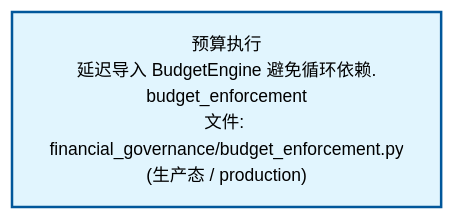
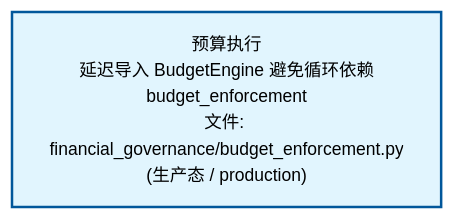
Before and after one commit to xuanFelixVan/ZephyrAlpha: the second of 3 diagrams in docs/02_enterprise_architecture/02_domain_architecture_docs/54_d_gov_repair.md, drawn with Mermaid. The commit also changed other lines of this file and 62 other files, not shown here.

````diff
--- a/docs/02_enterprise_architecture/02_domain_architecture_docs/54_d_gov_repair.md
+++ b/docs/02_enterprise_architecture/02_domain_architecture_docs/54_d_gov_repair.md
@@ -85,10 +85,10 @@
 ```mermaid
 %%{init: {'theme': 'base', 'themeVariables': {'primaryColor': '#eaeaea', 'primaryTextColor': '#333333', 'primaryBorderColor': '#666666', 'lineColor': '#666666', 'secondaryColor': '#eaeaea', 'tertiaryColor': '#eaeaea', 'fontSize': '14px'}}}%%
 flowchart TD
-    src_zephyr_governance_financial_governance_budget_enforcement_py["预算执行<br/>延迟导入 BudgetEngine 避免循环依赖.<br/>budget_enforcement<br/>文件: financial_governance/budget_enforcement.py<br/>(生产态 / production)"]
+    src_zephyr_governance_financial_governance_budget_enforcement_py["预算执行<br/>延迟导入 BudgetEngine 避免循环依赖<br/>budget_enforcement<br/>文件: financial_governance/budget_enforcement.py<br/>(生产态 / production)"]
     classDef production fill:#e1f5fe,stroke:#01579b,stroke-width:2px,color:#000
     classDef design fill:#fff3e0,stroke:#e65100,stroke-width:2px,color:#000,stroke-dasharray: 5 5
     classDef external_prod fill:#e8f4fd,stroke:#0277bd,stroke-width:1px,color:#000
     classDef external_design fill:#fff8e7,stroke:#ef6c00,stroke-width:1px,color:#000,stroke-dasharray: 5 5
     class src_zephyr_governance_financial_governance_budget_enforcement_py production
 ```
````
